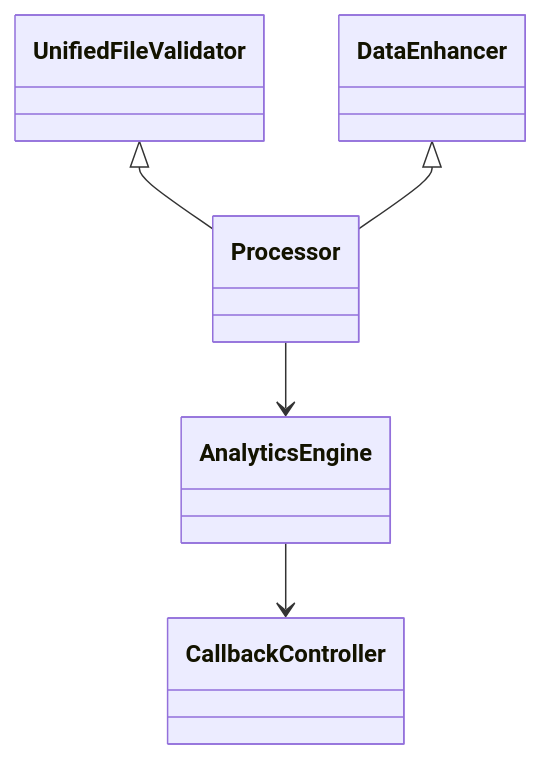
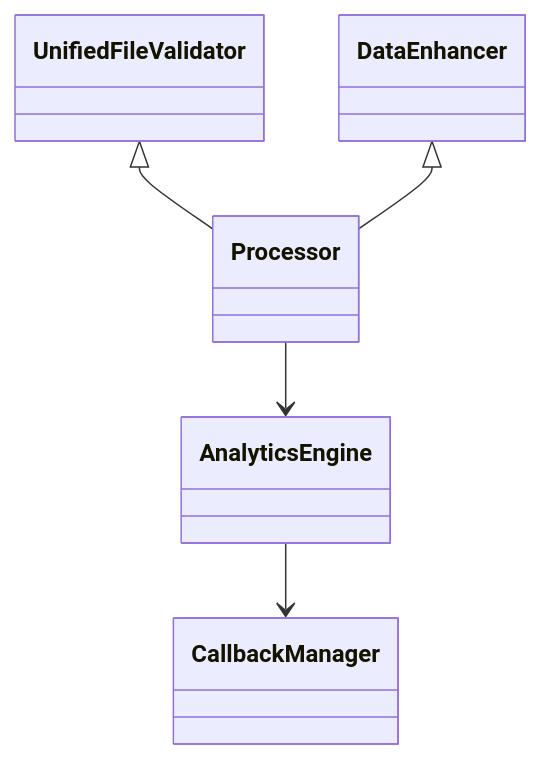
Before and after one commit to WSG23/yosai_intel_dashboard_fresh: the diagram in docs/data_processing.md, drawn with Mermaid.

Commit message:
docs: reference CallbackManager

````diff
--- a/docs/data_processing.md
+++ b/docs/data_processing.md
@@ -26,7 +26,7 @@
 ```mermaid
 classDiagram
     UnifiedFileValidator <|-- Processor
     DataEnhancer <|-- Processor
     Processor --> AnalyticsEngine
-    AnalyticsEngine --> CallbackController
+    AnalyticsEngine --> CallbackManager
 ```
````
